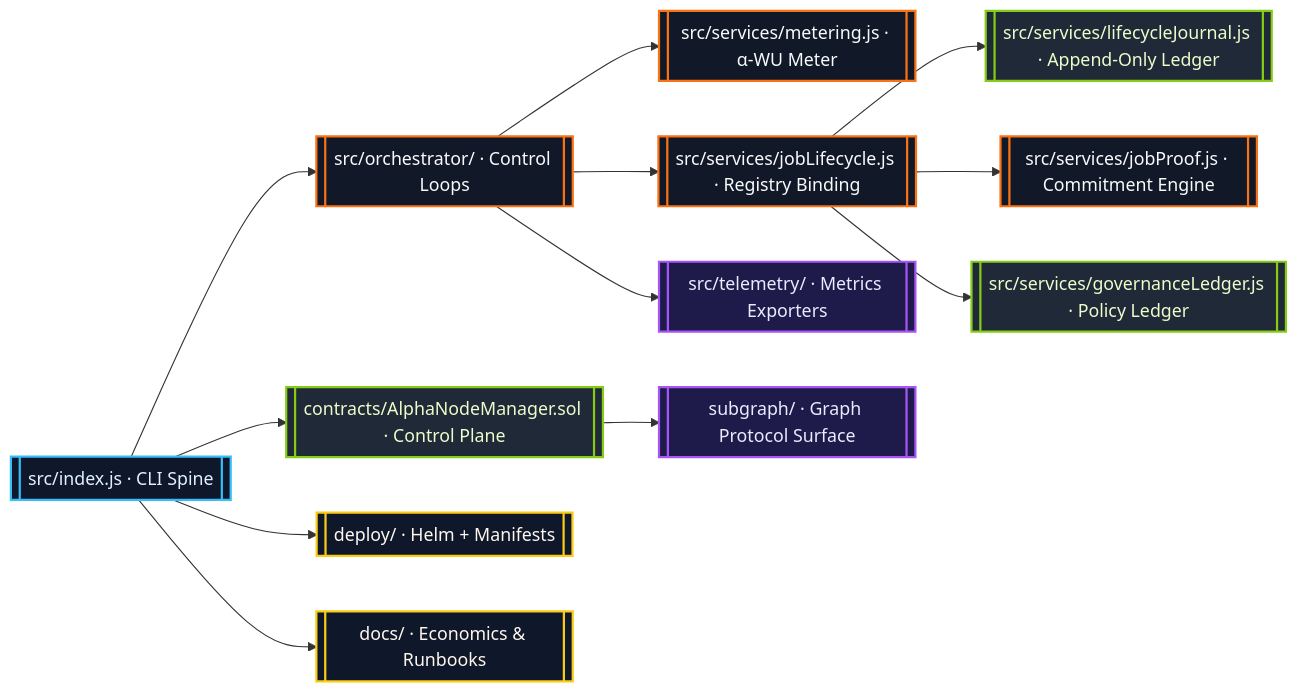
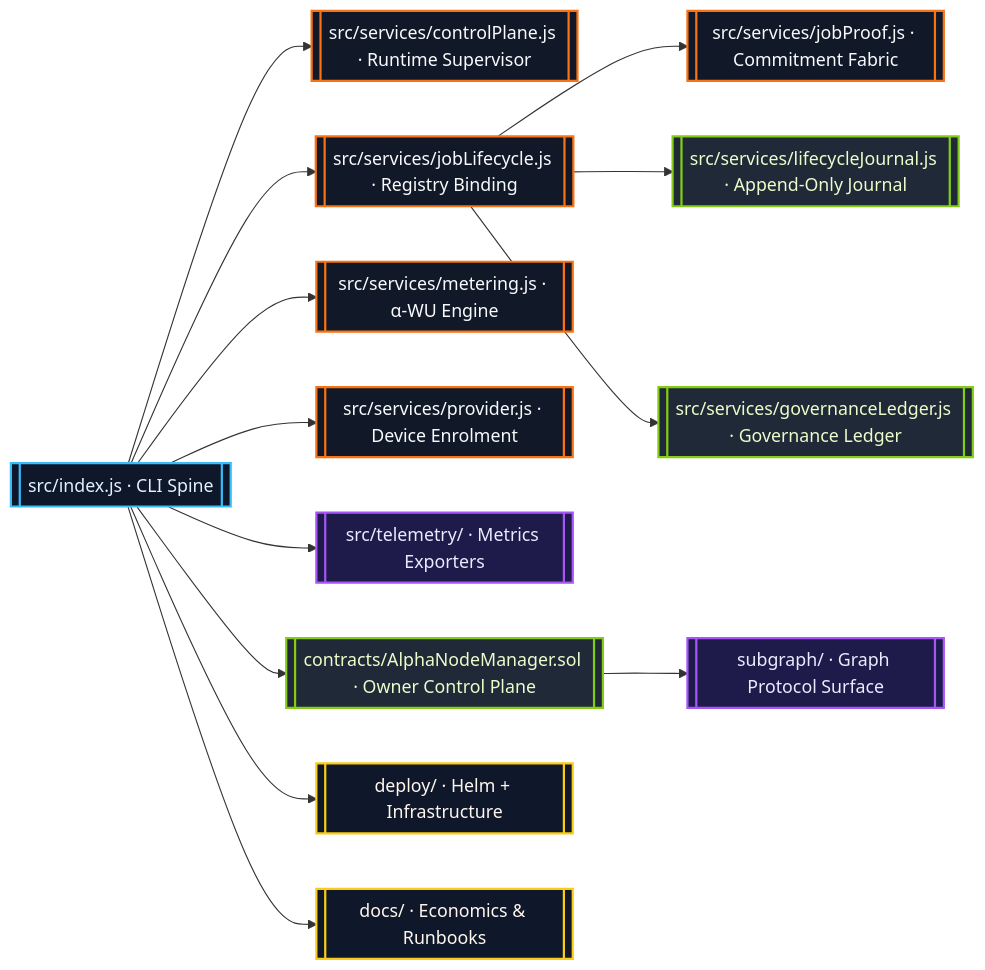
Before and after one commit to MontrealAI/AGI-Alpha-Node-v0: the first of 4 diagrams in README.md, drawn with Mermaid. The commit also changed other lines of this file and 2 other files, not shown here.

Commit message:
Enhance alpha telemetry integration

````diff
--- a/README.md
+++ b/README.md
@@ -74,20 +74,21 @@
 ```mermaid
 flowchart LR
   classDef runtime fill:#0f172a,stroke:#38bdf8,stroke-width:2px,color:#e0f2fe;
   classDef service fill:#111827,stroke:#f97316,stroke-width:2px,color:#f8fafc;
   classDef ledger fill:#1f2937,stroke:#84cc16,stroke-width:2px,color:#ecfccb;
   classDef telemetry fill:#1e1b4b,stroke:#a855f7,stroke-width:2px,color:#ede9fe;
   classDef ops fill:#0f172a,stroke:#facc15,stroke-width:2px,color:#fff7ed;
 
-  Runtime[[src/index.js · CLI Spine]]:::runtime --> Orchestrator[[src/orchestrator/ · Control Loops]]:::service
-  Orchestrator --> Metering[[src/services/metering.js · α-WU Meter]]:::service
-  Orchestrator --> Lifecycle[[src/services/jobLifecycle.js · Registry Binding]]:::service
-  Lifecycle --> Journal[[src/services/lifecycleJournal.js · Append-Only Ledger]]:::ledger
-  Lifecycle --> Proofs[[src/services/jobProof.js · Commitment Engine]]:::service
-  Lifecycle --> Governance[[src/services/governanceLedger.js · Policy Ledger]]:::ledger
-  Orchestrator --> Telemetry[[src/telemetry/ · Metrics Exporters]]:::telemetry
-  Runtime --> Contracts[[contracts/AlphaNodeManager.sol · Control Plane]]:::ledger
-  Runtime --> Deploy[[deploy/ · Helm + Manifests]]:::ops
+  Runtime[[src/index.js · CLI Spine]]:::runtime --> ControlPlane[[src/services/controlPlane.js · Runtime Supervisor]]:::service
+  Runtime --> Lifecycle[[src/services/jobLifecycle.js · Registry Binding]]:::service
+  Runtime --> Metering[[src/services/metering.js · α-WU Engine]]:::service
+  Lifecycle --> Proofs[[src/services/jobProof.js · Commitment Fabric]]:::service
+  Lifecycle --> Journal[[src/services/lifecycleJournal.js · Append-Only Journal]]:::ledger
+  Lifecycle --> GovLedger[[src/services/governanceLedger.js · Governance Ledger]]:::ledger
+  Runtime --> Provider[[src/services/provider.js · Device Enrolment]]:::service
+  Runtime --> Telemetry[[src/telemetry/ · Metrics Exporters]]:::telemetry
+  Runtime --> Contracts[[contracts/AlphaNodeManager.sol · Owner Control Plane]]:::ledger
+  Contracts --> Subgraph[[subgraph/ · Graph Protocol Surface]]:::telemetry
+  Runtime --> Deploy[[deploy/ · Helm + Infrastructure]]:::ops
   Runtime --> Docs[[docs/ · Economics & Runbooks]]:::ops
-  Contracts --> Subgraph[[subgraph/ · Graph Protocol Surface]]:::telemetry
 ```
````
